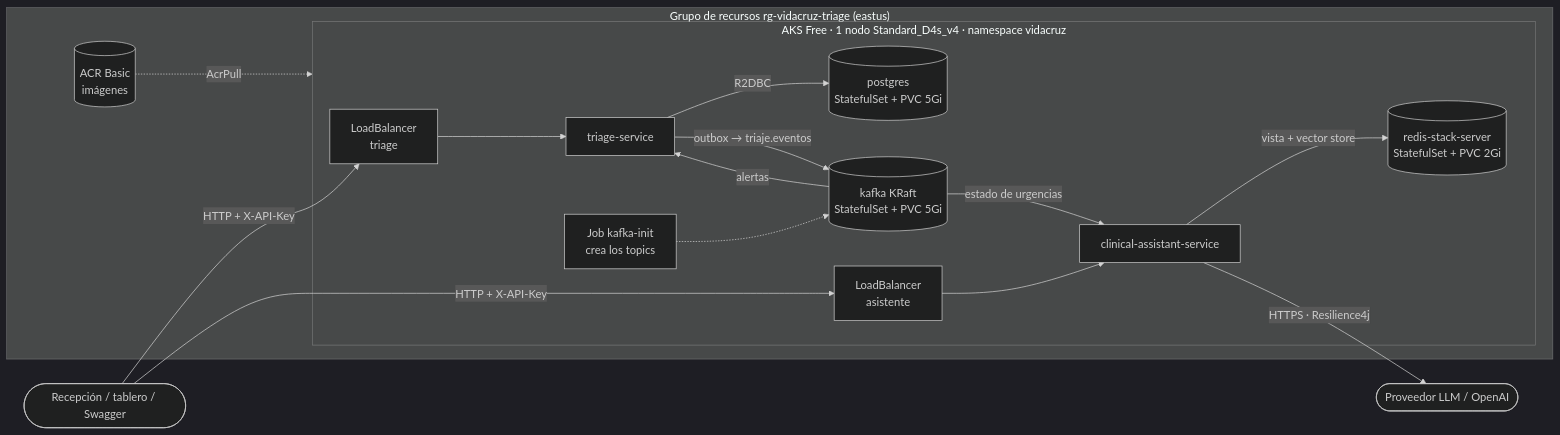
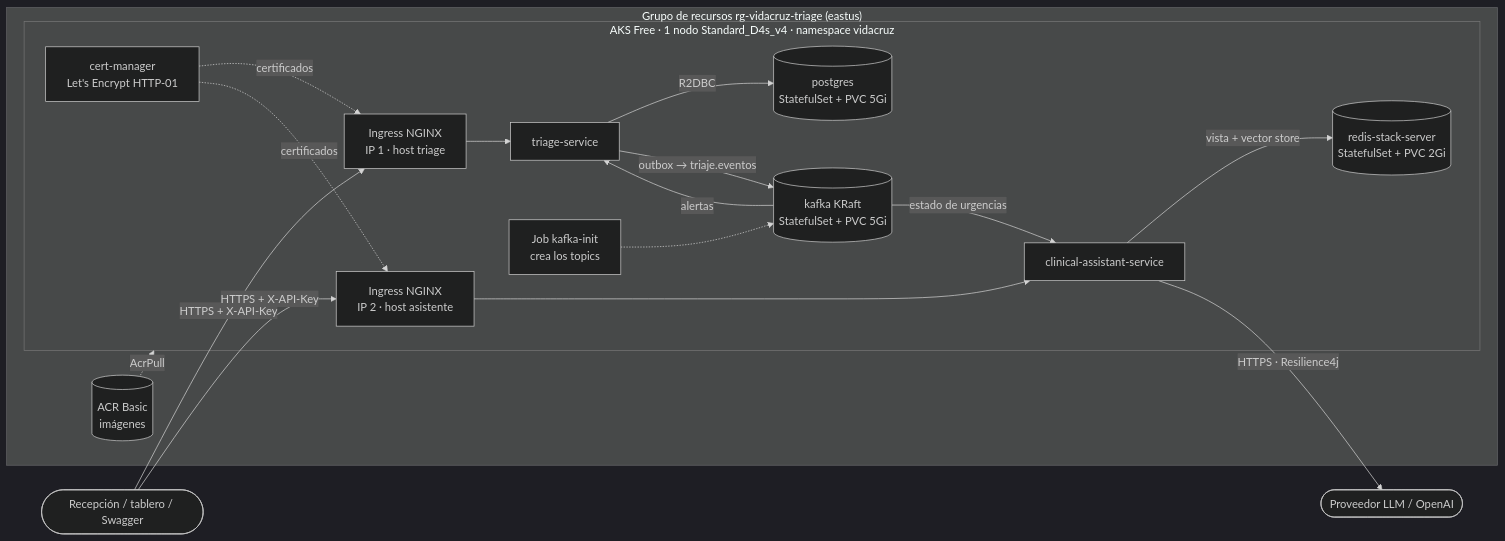
The diagram in docs/despliegue-azure.md (SantiagoGL2/vidacruz-triage-digital), drawn with Mermaid (dark theme) before and after one commit. The commit also changed other lines of this file and 11 other files, not shown here.

Commit message:
feat(k8s): HTTPS con ingress-nginx y certificados de Let's Encrypt

````diff
--- a/docs/despliegue-azure.md
+++ b/docs/despliegue-azure.md
@@ -8,22 +9,24 @@
 ```mermaid
 flowchart LR
-    cliente([Recepción / tablero / Swagger]) -->|HTTP + X-API-Key| lb1[LoadBalancer<br/>triage]
-    cliente -->|HTTP + X-API-Key| lb2[LoadBalancer<br/>asistente]
+    cliente([Recepción / tablero / Swagger]) -->|HTTPS + X-API-Key| ing1[Ingress NGINX<br/>IP 1 · host triage]
+    cliente -->|HTTPS + X-API-Key| ing2[Ingress NGINX<br/>IP 2 · host asistente]
 
     subgraph rg["Grupo de recursos rg-vidacruz-triage (eastus)"]
         acr[(ACR Basic<br/>imágenes)]
         subgraph aks["AKS Free · 1 nodo Standard_D4s_v4 · namespace vidacruz"]
-            lb1 --> triage[triage-service]
-            lb2 --> asistente[clinical-assistant-service]
+            ing1 --> triage[triage-service]
+            ing2 --> asistente[clinical-assistant-service]
+            cm[cert-manager<br/>Let's Encrypt HTTP-01] -.->|certificados| ing1
+            cm -.->|certificados| ing2
             triage -->|R2DBC| pg[(postgres<br/>StatefulSet + PVC 5Gi)]
             triage -->|outbox → triaje.eventos| kafka[(kafka KRaft<br/>StatefulSet + PVC 5Gi)]
             kafka -->|alertas| triage
             kafka -->|estado de urgencias| asistente
             asistente -->|vista + vector store| redis[(redis-stack-server<br/>StatefulSet + PVC 2Gi)]
             job[Job kafka-init<br/>crea los topics] -.-> kafka
         end
         acr -. AcrPull .-> aks
     end
 
     asistente -->|HTTPS · Resilience4j| llm([Proveedor LLM / OpenAI])
 ```
````
